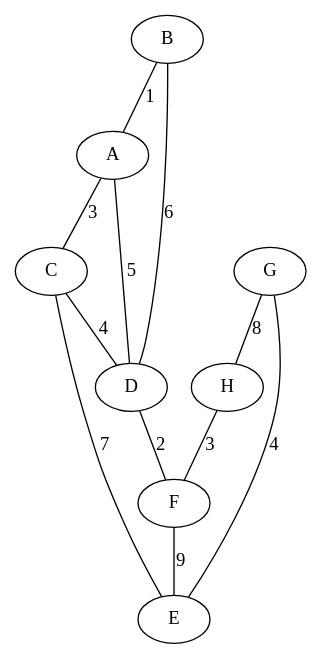
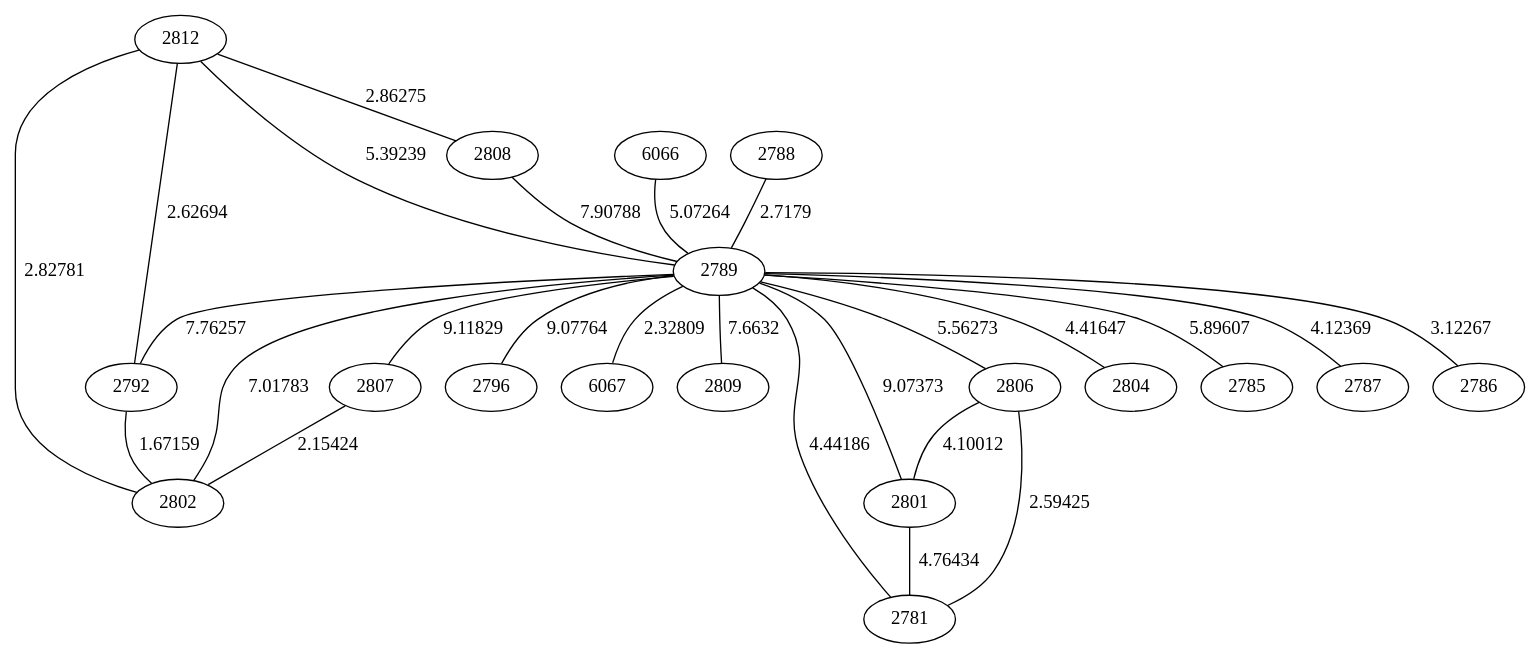
Before and after one commit to utec-cs-aed-2021-1/proyecto-de-curso-team-duros-de-jalar: the diagram in cmake-build-debug/udgraph1.dot, drawn with Graphviz. The commit also changed 12 other files, not shown here.

```diff
--- a/cmake-build-debug/udgraph1.dot
+++ b/cmake-build-debug/udgraph1.dot
@@ -1,13 +1,27 @@
 graph graph1{ 
-B -- A [label = "1"];
-B -- D [label = "6"];
-A -- D [label = "5"];
-A -- C [label = "3"];
-G -- H [label = "8"];
-G -- E [label = "4"];
-C -- D [label = "4"];
-C -- E [label = "7"];
-H -- F [label = "3"];
-D -- F [label = "2"];
-F -- E [label = "9"];
+2812 -- 2792 [label = "2.62694"];
+2812 -- 2808 [label = "2.86275"];
+2812 -- 2802 [label = "2.82781"];
+2812 -- 2789 [label = "5.39239"];
+2808 -- 2789 [label = "7.90788"];
+6066 -- 2789 [label = "5.07264"];
+2788 -- 2789 [label = "2.7179"];
+2789 -- 2792 [label = "7.76257"];
+2789 -- 2796 [label = "9.07764"];
+2789 -- 6067 [label = "2.32809"];
+2789 -- 2809 [label = "7.6632"];
+2789 -- 2802 [label = "7.01783"];
+2789 -- 2801 [label = "9.07373"];
+2789 -- 2806 [label = "5.56273"];
+2789 -- 2807 [label = "9.11829"];
+2789 -- 2804 [label = "4.41647"];
+2789 -- 2785 [label = "5.89607"];
+2789 -- 2787 [label = "4.12369"];
+2789 -- 2786 [label = "3.12267"];
+2789 -- 2781 [label = "4.44186"];
+2792 -- 2802 [label = "1.67159"];
+2806 -- 2801 [label = "4.10012"];
+2806 -- 2781 [label = "2.59425"];
+2801 -- 2781 [label = "4.76434"];
+2807 -- 2802 [label = "2.15424"];
  } 
```
